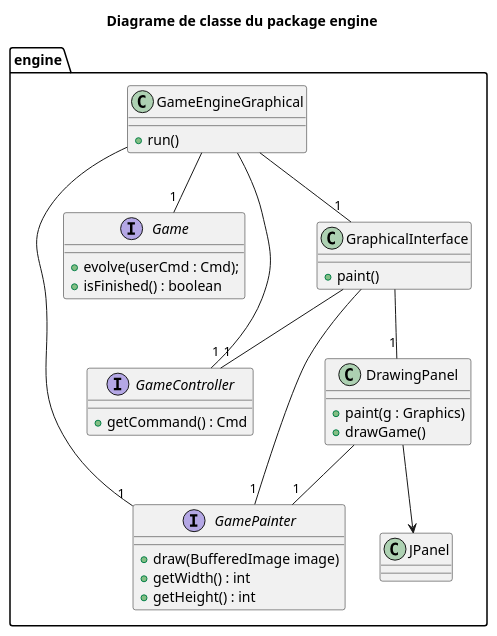
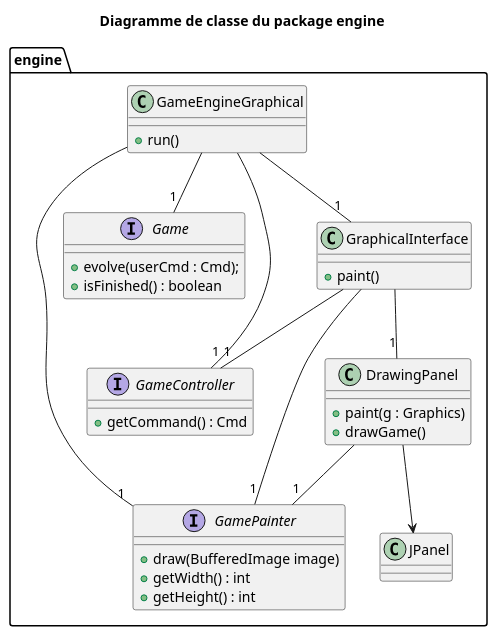
One commit to AntoineCourtil/CAD2018_Laraclette changed the diagram in conception/diag_classe_package_engine.plantuml. Above: the diagram before and after it, drawn with PlantUML. The commit also changed 1 other file, not shown here.

```diff
--- a/conception/diag_classe_package_engine.plantuml
+++ b/conception/diag_classe_package_engine.plantuml
@@ -1,47 +1,47 @@
 @startuml
 
 title Moteur du jeux
 
-title Diagrame de classe du package engine
+title Diagramme de classe du package engine
 
 package engine {
 
     class DrawingPanel {
         + paint(g : Graphics)
         + drawGame() 
     }
     DrawingPanel --> JPanel
     DrawingPanel --"1" GamePainter
 
     interface Game {
         + evolve(userCmd : Cmd);
         + isFinished() : boolean
     }
 
     interface GameController {
         + getCommand() : Cmd
     }
 
     interface GamePainter {
         + draw(BufferedImage image)
         + getWidth() : int
 	    + getHeight() : int
     }
 
     class GameEngineGraphical {
         + run()
     }
     GameEngineGraphical --"1" Game
     GameEngineGraphical --"1" GamePainter
     GameEngineGraphical --"1" GameController
     GameEngineGraphical --"1" GraphicalInterface
 
     class GraphicalInterface {
         + paint()
     }
     GraphicalInterface --"1" DrawingPanel
     GraphicalInterface --"1" GamePainter
     GraphicalInterface --"1" GameController   
 }
 
 @enduml
```
